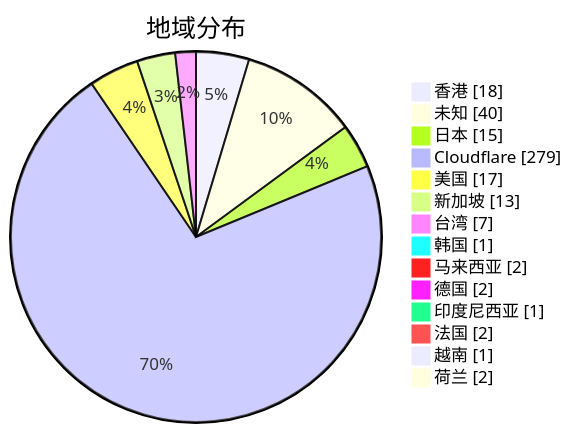
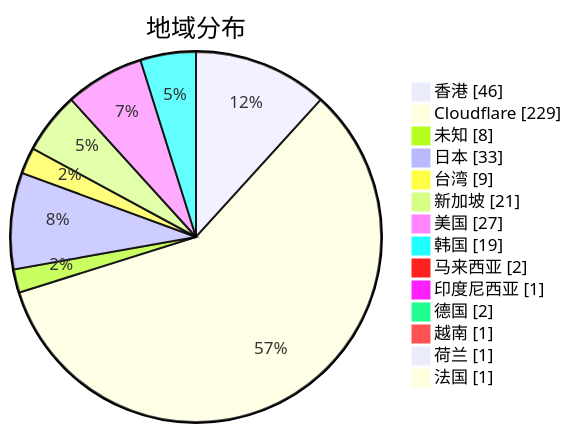
One commit to qjlxg/airport changed the second of 3 diagrams in subs/statistics/tested_within.md. Above: the diagram before and after it, drawn with Mermaid. The commit also changed other lines of this file and 2 other files, not shown here.

````diff
--- a/subs/statistics/tested_within.md
+++ b/subs/statistics/tested_within.md
@@ -14,18 +12,18 @@
 ```mermaid
 pie showData
 title 地域分布
-"香港" : 18
-"未知" : 40
-"日本" : 15
-"Cloudflare" : 279
-"美国" : 17
-"新加坡" : 13
-"台湾" : 7
-"韩国" : 1
+"香港" : 46
+"Cloudflare" : 229
+"未知" : 8
+"日本" : 33
+"台湾" : 9
+"新加坡" : 21
+"美国" : 27
+"韩国" : 19
 "马来西亚" : 2
+"印度尼西亚" : 1
 "德国" : 2
-"印度尼西亚" : 1
-"法国" : 2
 "越南" : 1
-"荷兰" : 2
+"荷兰" : 1
+"法国" : 1
 ```
````
